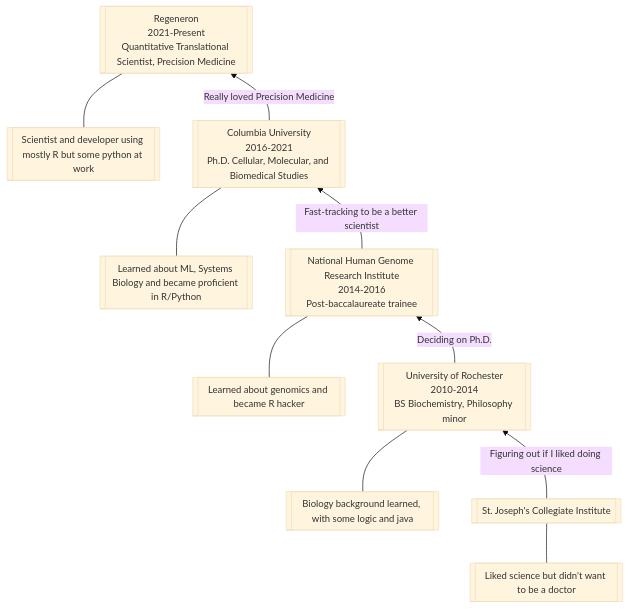
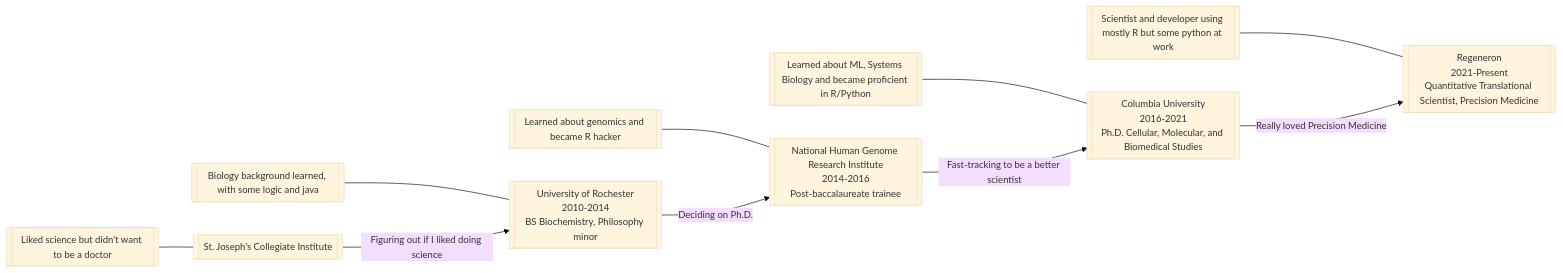
Before and after one commit to ngiangre/ngiangre.github.io: the diagram in content/about/index.qmd, drawn with Mermaid. The commit also changed other lines of this file and 3 other files, not shown here.

Commit message:
made diagram left to right

````diff
--- a/content/about/index.qmd
+++ b/content/about/index.qmd
@@ -38,20 +39,20 @@
 ```{mermaid}
 %%| label: fig-mermaid-flowchart
 %%| fig-cap: Education and experience timeline
 %%| fig-height: 20
 
 %%{init: {'theme': 'base', 'themeVariables': { 'fontSize': '90%', 'fontFamily': 'Inter'}}}%%
 
-flowchart BT
+flowchart LR
   HSCoding[[Liked science but didn't want to be a doctor]] --- HS
   CollegeCoding[[Biology background learned, with some logic and java]] --- College
   PostbacCoding[[Learned about genomics and became R hacker]] --- Postbac
   PhdCoding[[Learned about ML, Systems Biology and became proficient in R/Python]] --- Phd
   JobCoding[[Scientist and developer using mostly R but some python at work]] --- Job
 
   HS[[St. Joseph's Collegiate Institute]] -- Figuring out if I liked doing science --> College[[University of Rochester<br>2010-2014<br>BS Biochemistry, Philosophy minor]]
   College -- Deciding on Ph.D. --> Postbac[[National Human Genome Research Institute<br>2014-2016<br>Post-baccalaureate trainee]]
   Postbac -- Fast-tracking to be a better scientist --> Phd[[Columbia University<br>2016-2021<br>Ph.D. Cellular, Molecular, and Biomedical Studies]]
   Phd -- Really loved Precision Medicine -->  Job[[Regeneron<br>2021-Present<br>Quantitative Translational Scientist, Precision Medicine]]
  
 ```
````
